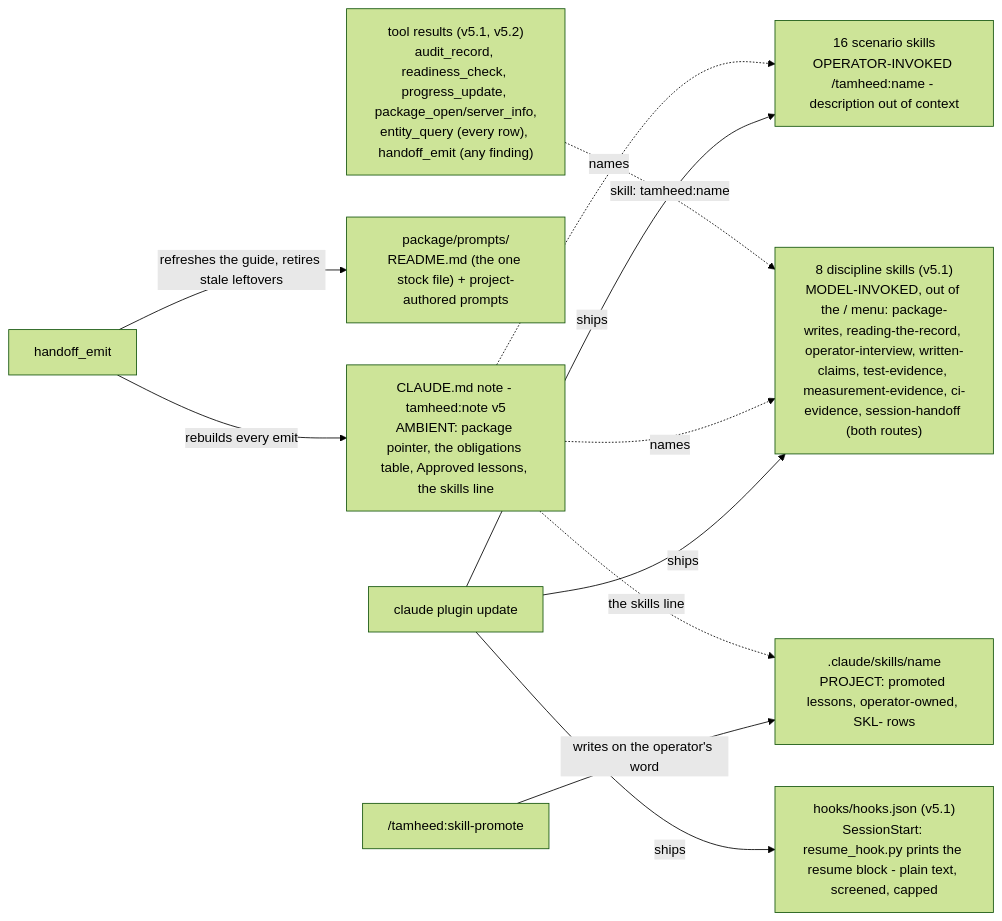
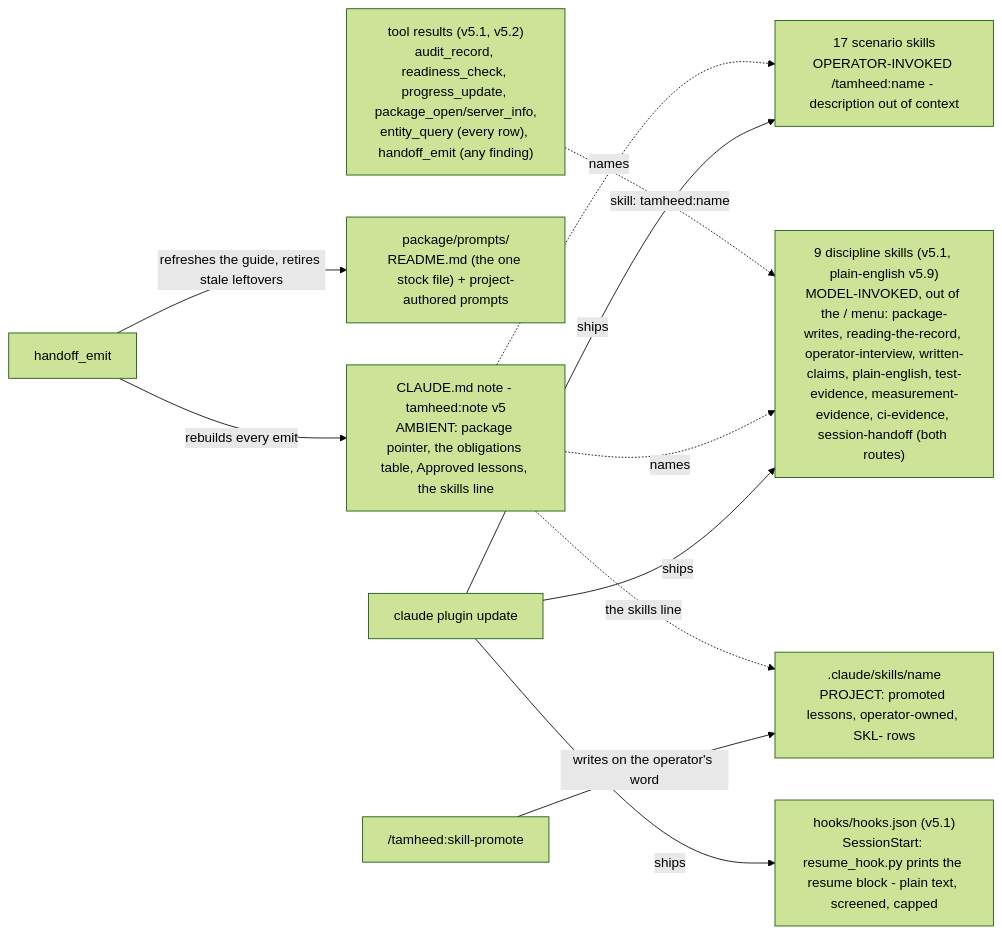
Before and after one commit to A-H-911/tamheed: the third of 5 diagrams in docs/architecture.md, drawn with Mermaid (forest theme). The commit also changed other lines of this file and 21 other files, not shown here.

First line of the commit message:
feat: plan 183 - the skills plain-english and ste-rewrite, and every count surface

````diff
--- a/docs/architecture.md
+++ b/docs/architecture.md
@@ -204,13 +204,13 @@
 ```mermaid
 flowchart LR
     EMIT[handoff_emit] -->|rebuilds every emit| NOTE["CLAUDE.md note - tamheed:note v5<br/>AMBIENT: package pointer, the obligations table, Approved lessons, the skills line"]
     EMIT -->|refreshes the guide, retires stale leftovers| GUIDE["package/prompts/<br/>README.md (the one stock file) + project-authored prompts"]
-    UPD[claude plugin update] -->|ships| DISC["8 discipline skills (v5.1)<br/>MODEL-INVOKED, out of the / menu: package-writes, reading-the-record, operator-interview, written-claims, test-evidence, measurement-evidence, ci-evidence, session-handoff (both routes)"]
-    UPD -->|ships| SCEN["16 scenario skills<br/>OPERATOR-INVOKED /tamheed:name - description out of context"]
+    UPD[claude plugin update] -->|ships| DISC["9 discipline skills (v5.1, plain-english v5.9)<br/>MODEL-INVOKED, out of the / menu: package-writes, reading-the-record, operator-interview, written-claims, plain-english, test-evidence, measurement-evidence, ci-evidence, session-handoff (both routes)"]
+    UPD -->|ships| SCEN["17 scenario skills<br/>OPERATOR-INVOKED /tamheed:name - description out of context"]
     UPD -->|ships| HOOK["hooks/hooks.json (v5.1)<br/>SessionStart: resume_hook.py prints the resume block - plain text, screened, capped"]
     PROMO["/tamheed:skill-promote"] -->|writes on the operator's word| PROJ[".claude/skills/name<br/>PROJECT: promoted lessons, operator-owned, SKL- rows"]
     NOTE -.->|names| DISC
     NOTE -.->|names| SCEN
     NOTE -.->|the skills line| PROJ
     RES["tool results (v5.1, v5.2)<br/>audit_record, readiness_check, progress_update, package_open/server_info,<br/>entity_query (every row), handoff_emit (any finding)"] -.->|"skill: tamheed:name"| DISC
 ```
````
